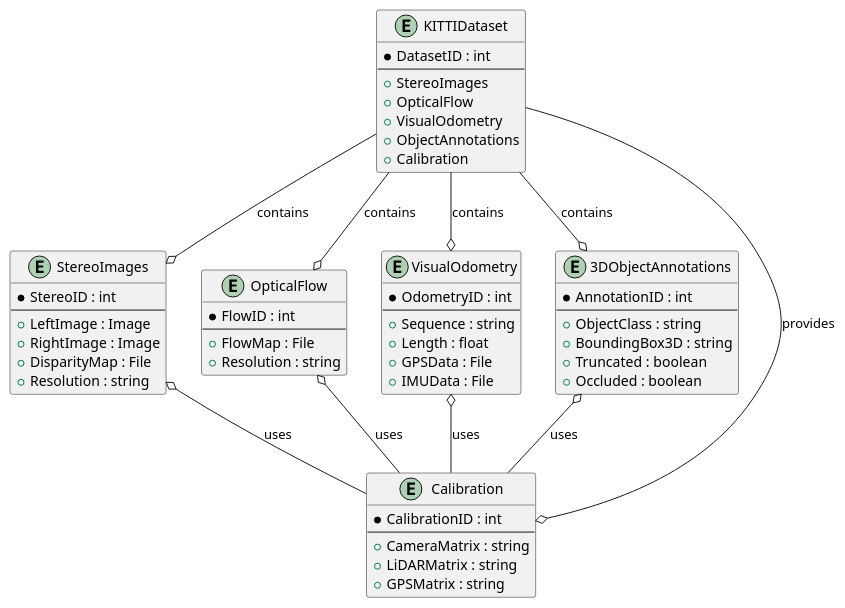
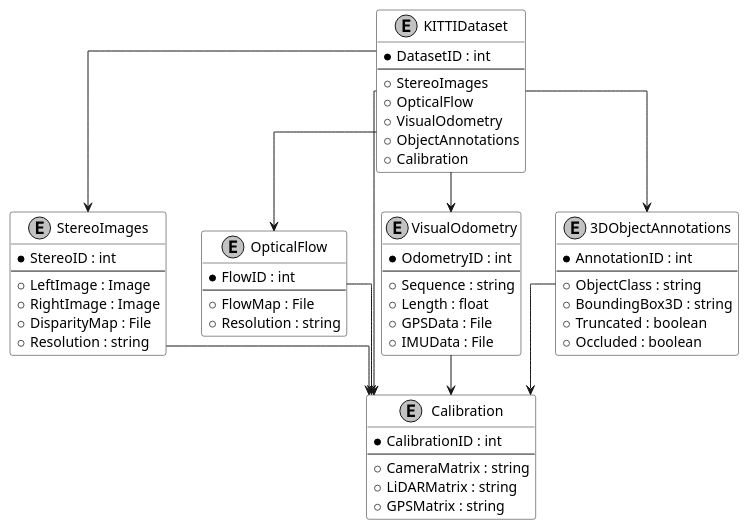
Before and after one commit to RodrigoIglesia/TFM_Landmark_Based_Localization: the diagram in uml/message_taxonomy/kitti_erd.puml, drawn with PlantUML. The commit also changed 25 other files, not shown here.

```diff
--- a/uml/message_taxonomy/kitti_erd.puml
+++ b/uml/message_taxonomy/kitti_erd.puml
@@ -1,64 +1,71 @@
 @startuml
-entity "KITTIDataset" {
+skinparam linetype ortho
+skinparam monochrome true
+skinparam classBackgroundColor white
+skinparam ranksep 40
+
+entity "KITTIDataset" as Dataset {
     * DatasetID : int
     --
     + StereoImages
     + OpticalFlow
     + VisualOdometry
     + ObjectAnnotations
     + Calibration
 }
 
-entity "StereoImages" {
+entity "StereoImages" as Stereo {
     * StereoID : int
     --
     + LeftImage : Image
     + RightImage : Image
     + DisparityMap : File
     + Resolution : string
 }
 
-entity "OpticalFlow" {
+entity "OpticalFlow" as Flow {
     * FlowID : int
     --
     + FlowMap : File
     + Resolution : string
 }
 
-entity "VisualOdometry" {
+entity "VisualOdometry" as Odometry {
     * OdometryID : int
     --
     + Sequence : string
     + Length : float
     + GPSData : File
     + IMUData : File
 }
 
-entity "3DObjectAnnotations" {
+entity "3DObjectAnnotations" as Annotations {
     * AnnotationID : int
     --
     + ObjectClass : string
     + BoundingBox3D : string
     + Truncated : boolean
     + Occluded : boolean
 }
 
-entity "Calibration" {
+entity "Calibration" as Calib {
     * CalibrationID : int
     --
     + CameraMatrix : string
     + LiDARMatrix : string
     + GPSMatrix : string
 }
 
-KITTIDataset --o StereoImages : contains
-KITTIDataset --o OpticalFlow : contains
-KITTIDataset --o VisualOdometry : contains
-KITTIDataset --o 3DObjectAnnotations : contains
-KITTIDataset --o Calibration : provides
+' Relaciones de contención
+Dataset --> Stereo
+Dataset --> Flow
+Dataset --> Odometry
+Dataset --> Annotations
+Dataset --> Calib
 
-StereoImages           o-- Calibration : "uses"
-OpticalFlow            o-- Calibration : "uses"
-VisualOdometry         o-- Calibration : "uses"
-3DObjectAnnotations    o-- Calibration : "uses"
+' Relaciones de dependencia (evitando cruces)
+Stereo --> Calib
+Flow --> Calib
+Odometry --> Calib
+Annotations --> Calib
 @enduml
```
